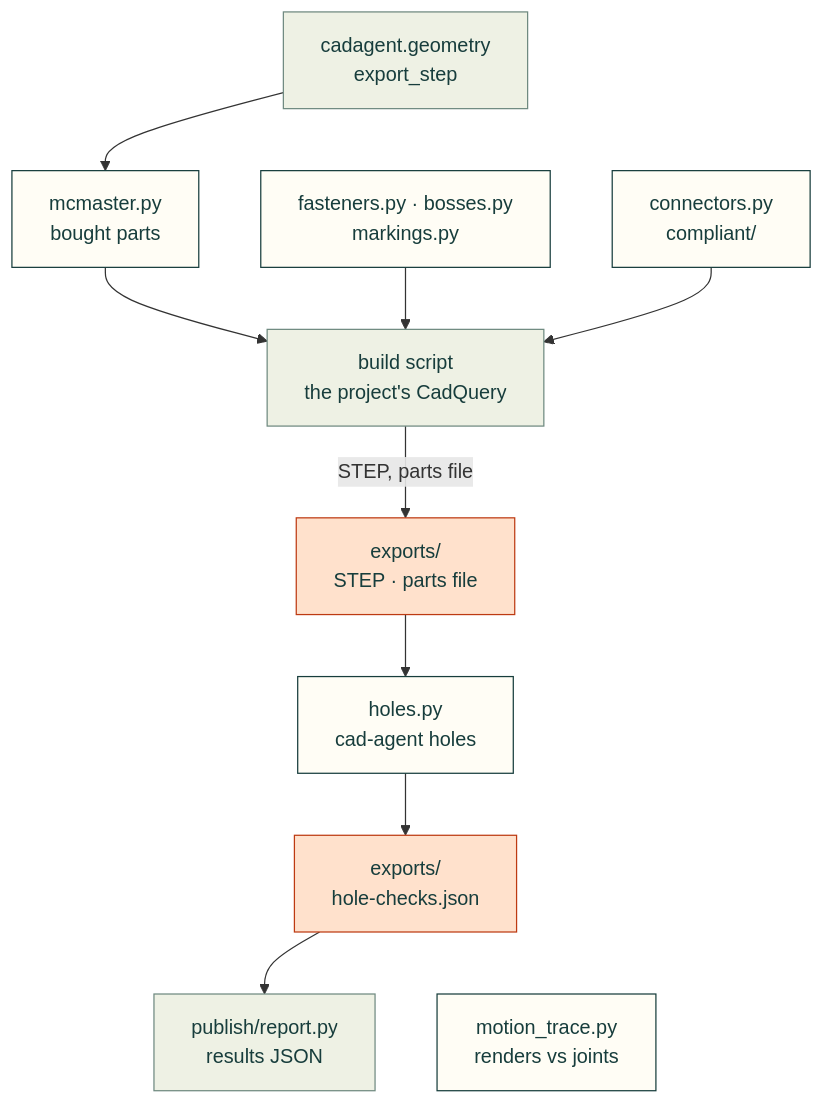
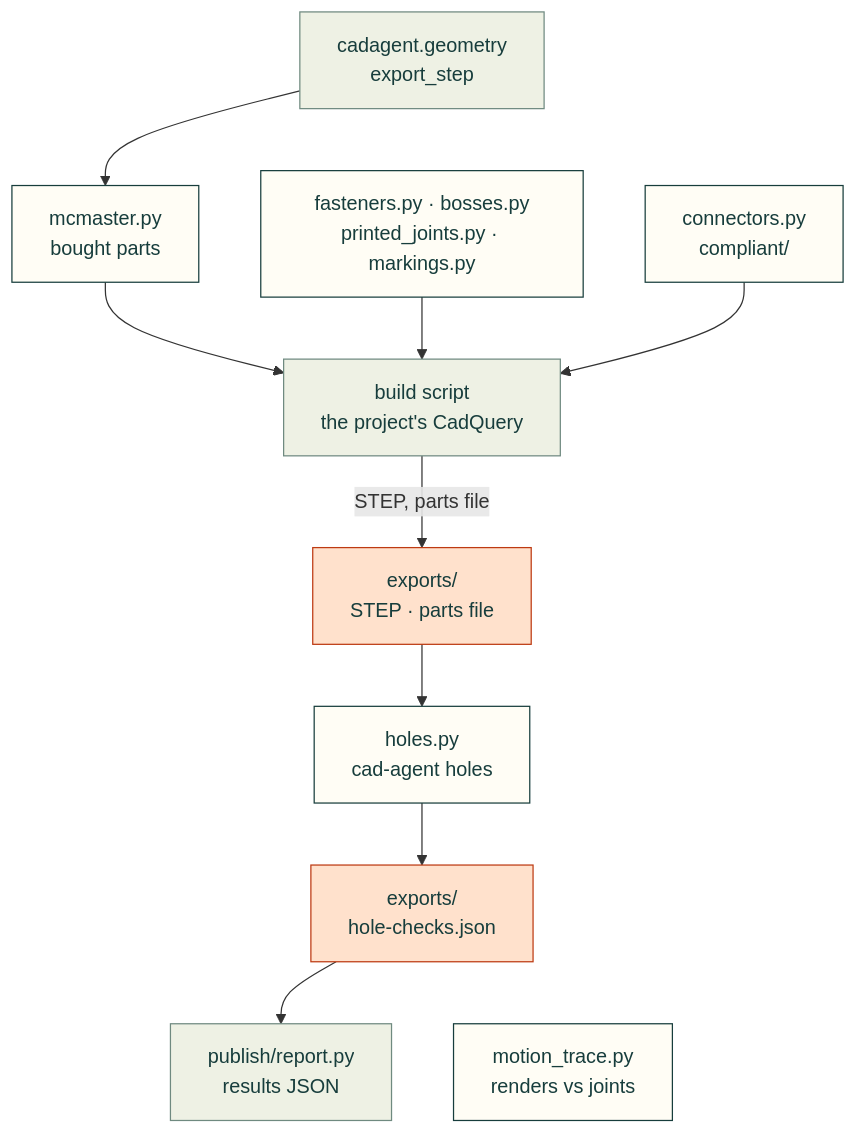
The diagram in src/cadagent/mechanical/README.md (Valpatel/cad-agent), drawn with Mermaid before and after one commit. The commit also changed other lines of this file and 4 other files, not shown here.

Commit message:
Printed joints: the docs page, catalogue rows, README rows and changelog fragment (#97)

````diff
--- a/src/cadagent/mechanical/README.md
+++ b/src/cadagent/mechanical/README.md
@@ -12,18 +12,18 @@
 ```mermaid
 flowchart TD
     G["cadagent.geometry<br/>export_step"] --> MC["mcmaster.py<br/>bought parts"]
-    G ~~~ FK["fasteners.py · bosses.py<br/>markings.py"]
+    G ~~~ FK["fasteners.py · bosses.py<br/>printed_joints.py · markings.py"]
     G ~~~ CC["connectors.py<br/>compliant/"]
     MC & FK & CC --> B["build script<br/>the project's CadQuery"]
     B -->|"STEP, parts file"| X["exports/<br/>STEP · parts file"]
     X --> H["holes.py<br/>cad-agent holes"]
     H --> HJ["exports/<br/>hole-checks.json"]
     HJ --> R["publish/report.py<br/>results JSON"]
     HJ ~~~ MT["motion_trace.py<br/>renders vs joints"]
     classDef here fill:#fffdf5,stroke:#173d3c,color:#173d3c
     classDef near fill:#eef1e4,stroke:#6f8a80,color:#173d3c
     classDef out fill:#ffe1cc,stroke:#bd3a12,color:#173d3c
     class MC,FK,CC,H,MT here
     class G,B,R near
     class X,HJ out
 ```
````
